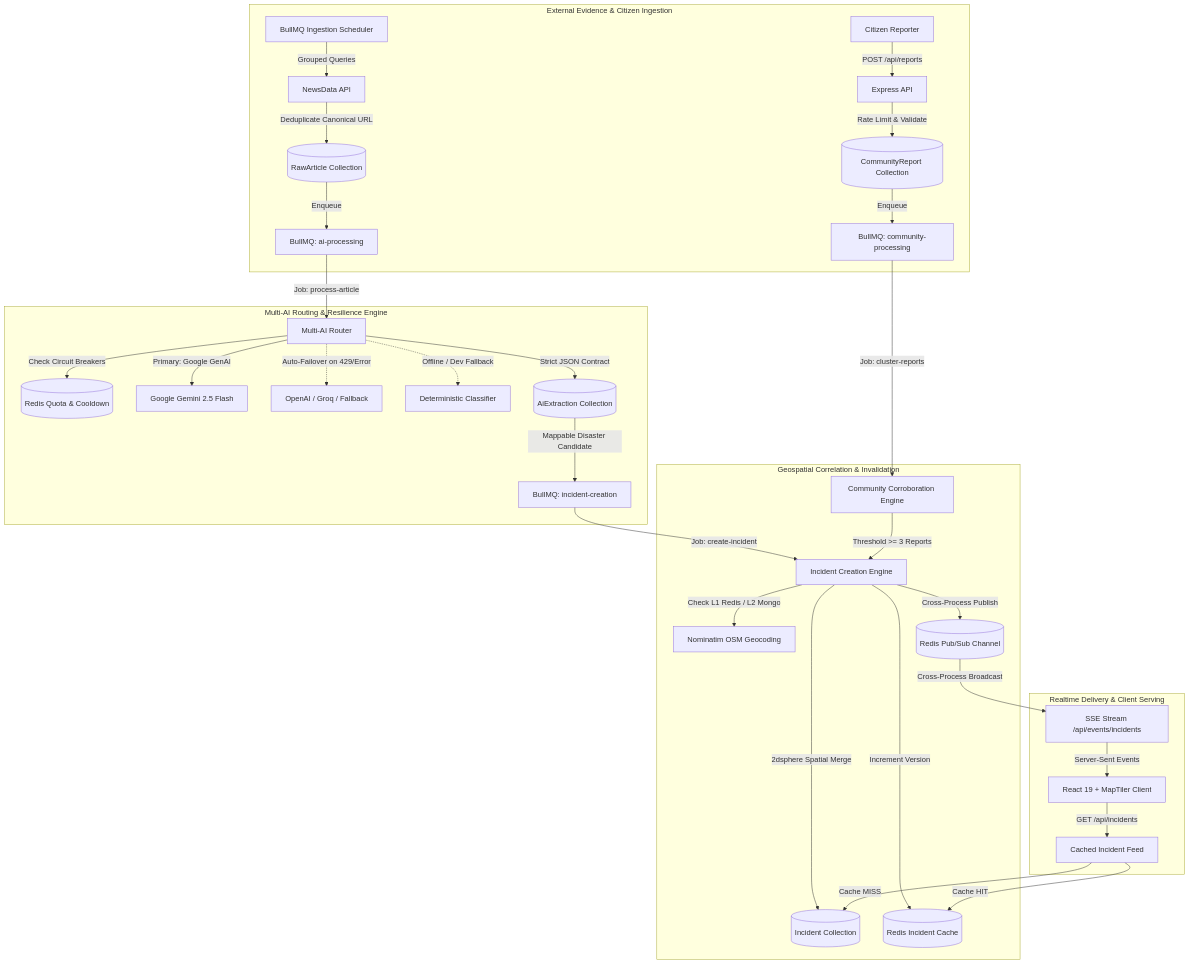
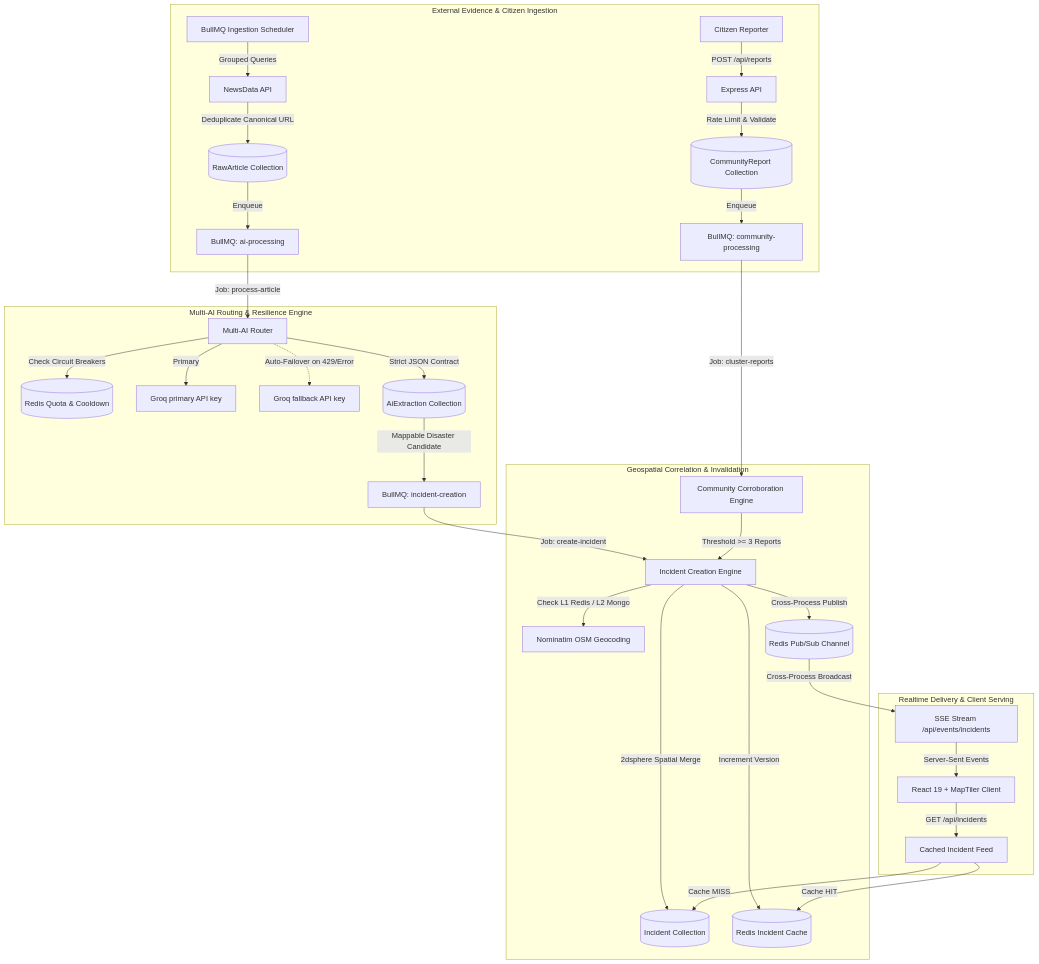
Before and after one commit to RishabhSinghMoonCake/CalamityTracker: the diagram in docs/ARCHITECTURE.md, drawn with Mermaid. The commit also changed other lines of this file and 31 other files, not shown here.

````diff
--- a/docs/ARCHITECTURE.md
+++ b/docs/ARCHITECTURE.md
@@ -9,41 +9,40 @@
 ```mermaid
 graph TD
     subgraph External Evidence & Citizen Ingestion
         NewsCron[BullMQ Ingestion Scheduler] -->|Grouped Queries| NewsAPI[NewsData API]
         NewsAPI -->|Deduplicate Canonical URL| RawArticle[(RawArticle Collection)]
         RawArticle -->|Enqueue| AiQueue[BullMQ: ai-processing]
         
         Citizen[Citizen Reporter] -->|POST /api/reports| CommAPI[Express API]
         CommAPI -->|Rate Limit & Validate| CommDB[(CommunityReport Collection)]
         CommDB -->|Enqueue| CommQueue[BullMQ: community-processing]
     end
 
     subgraph Multi-AI Routing & Resilience Engine
         AiQueue -->|Job: process-article| AiRouter[Multi-AI Router]
         AiRouter -->|Check Circuit Breakers| RedisQuotas[(Redis Quota & Cooldown)]
-        AiRouter -->|Primary: Google GenAI| Gemini[Google Gemini 2.5 Flash]
-        AiRouter -.->|Auto-Failover on 429/Error| OpenAI[OpenAI / Groq / Fallback]
-        AiRouter -.->|Offline / Dev Fallback| Mock[Deterministic Classifier]
+        AiRouter -->|Primary| GroqPrimary[Groq primary API key]
+        AiRouter -.->|Auto-Failover on 429/Error| GroqFallback[Groq fallback API key]
         AiRouter -->|Strict JSON Contract| AiExtraction[(AiExtraction Collection)]
         AiExtraction -->|Mappable Disaster Candidate| IncQueue[BullMQ: incident-creation]
     end
 
     subgraph Geospatial Correlation & Invalidation
         IncQueue -->|Job: create-incident| IncEngine[Incident Creation Engine]
         CommQueue -->|Job: cluster-reports| CommWorker[Community Corroboration Engine]
         CommWorker -->|Threshold >= 3 Reports| IncEngine
         
         IncEngine -->|Check L1 Redis / L2 Mongo| Geocoder[Nominatim OSM Geocoding]
         IncEngine -->|2dsphere Spatial Merge| IncDB[(Incident Collection)]
         IncEngine -->|Increment Version| RedisCache[(Redis Incident Cache)]
         IncEngine -->|Cross-Process Publish| RedisPubSub[(Redis Pub/Sub Channel)]
     end
 
     subgraph Realtime Delivery & Client Serving
         RedisPubSub -->|Cross-Process Broadcast| SSEController[SSE Stream /api/events/incidents]
         SSEController -->|Server-Sent Events| Frontend[React 19 + MapTiler Client]
         Frontend -->|GET /api/incidents| ReadAPI[Cached Incident Feed]
         ReadAPI -->|Cache HIT| RedisCache
         ReadAPI -->|Cache MISS| IncDB
     end
 ```
````
